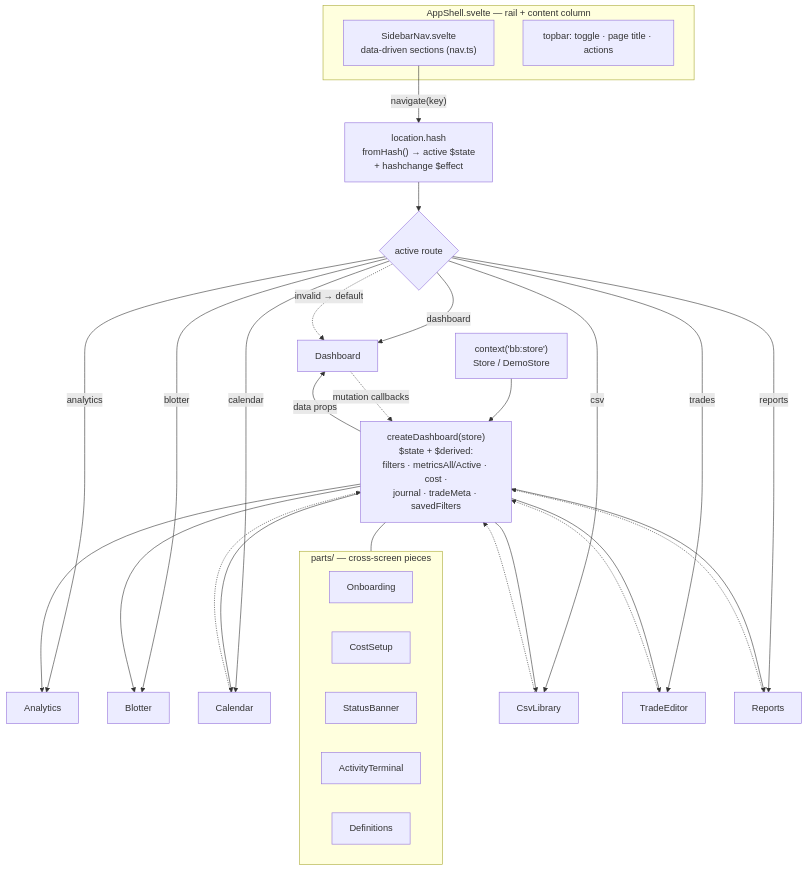
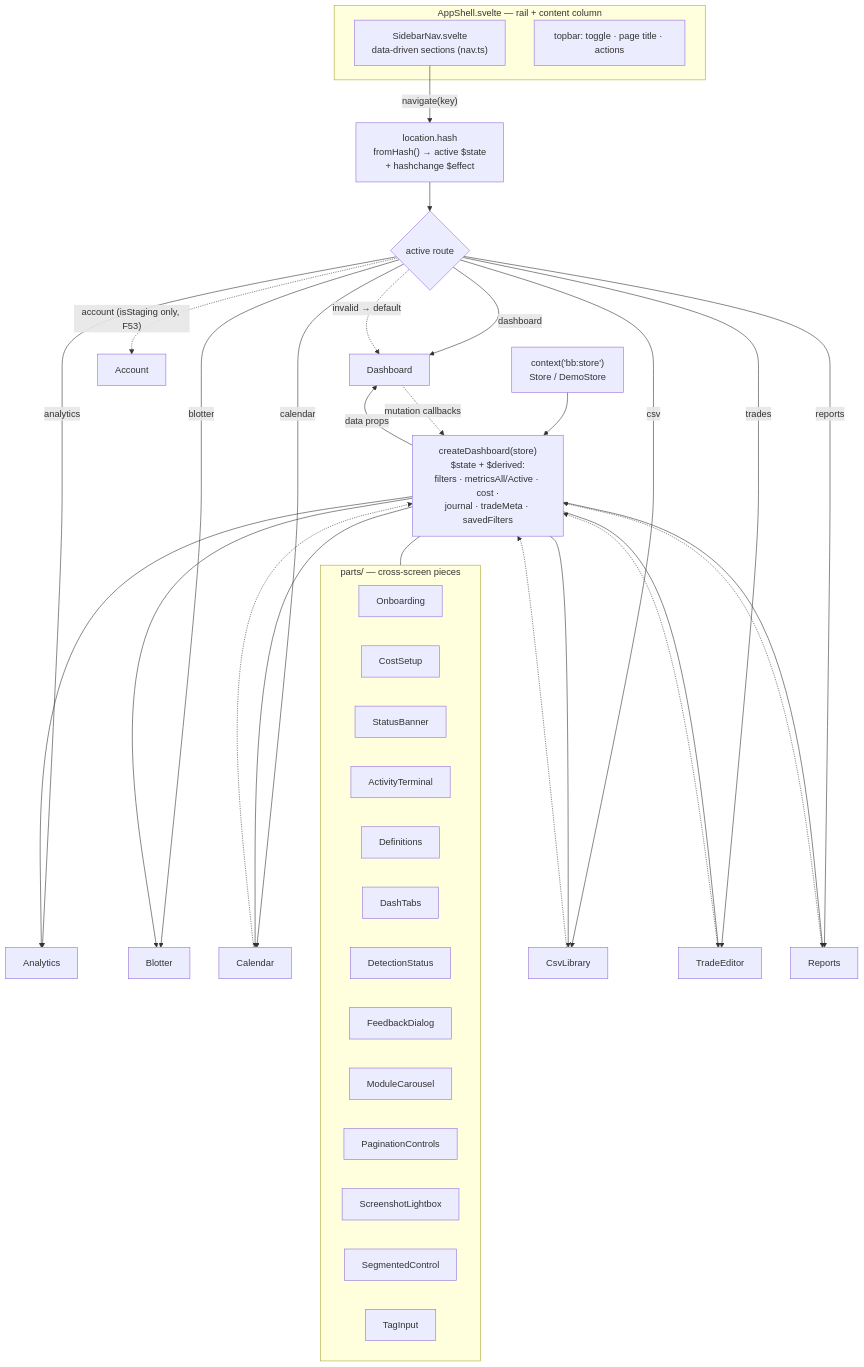
The diagram in docs/architecture-diagrams/app-shell-and-routing.md (mitchGuthrieDev/blotterbook), drawn with Mermaid before and after one commit. The commit also changed other lines of this file and 16 other files, not shown here.

````diff
--- a/docs/architecture-diagrams/app-shell-and-routing.md
+++ b/docs/architecture-diagrams/app-shell-and-routing.md
@@ -12,44 +12,53 @@
 ```mermaid
 flowchart TD
     subgraph SHELL["AppShell.svelte — rail + content column"]
         NAV["SidebarNav.svelte<br/>data-driven sections (nav.ts)"]
         TOP["topbar: toggle · page title · actions"]
     end
 
     NAV -->|"navigate(key)"| HASH["location.hash<br/>fromHash() → active $state<br/>+ hashchange $effect"]
     HASH --> ROUTER{"active route"}
 
     ROUTER -->|dashboard| D["Dashboard"]
     ROUTER -->|calendar| C["Calendar"]
     ROUTER -->|analytics| A["Analytics"]
     ROUTER -->|blotter| B["Blotter"]
     ROUTER -->|csv| CSV["CsvLibrary"]
     ROUTER -->|trades| TE["TradeEditor"]
     ROUTER -->|reports| R["Reports"]
+    ROUTER -.->|"account (isStaging only, F53)"| ACC["Account"]
     ROUTER -.->|invalid → default| D
 
     STORECTX["context('bb:store')<br/>Store / DemoStore"] --> DASHSTATE
     DASHSTATE["createDashboard(store)<br/>$state + $derived:<br/>filters · metricsAll/Active · cost ·<br/>journal · tradeMeta · savedFilters"]
 
     DASHSTATE -->|"data props"| D
     DASHSTATE --> C
     DASHSTATE --> A
     DASHSTATE --> B
     DASHSTATE --> CSV
     DASHSTATE --> TE
     DASHSTATE --> R
     D -.->|"mutation callbacks"| DASHSTATE
     TE -.-> DASHSTATE
     CSV -.-> DASHSTATE
     C -.-> DASHSTATE
     R -.-> DASHSTATE
 
     subgraph PARTS["parts/ — cross-screen pieces"]
         ONB["Onboarding"]
         CS["CostSetup"]
         SB["StatusBanner"]
         AT["ActivityTerminal"]
         DEF["Definitions"]
+        DT["DashTabs"]
+        DS["DetectionStatus"]
+        FB["FeedbackDialog"]
+        MC["ModuleCarousel"]
+        PC["PaginationControls"]
+        SL["ScreenshotLightbox"]
+        SC["SegmentedControl"]
+        TI["TagInput"]
     end
     DASHSTATE --- PARTS
 ```
````
